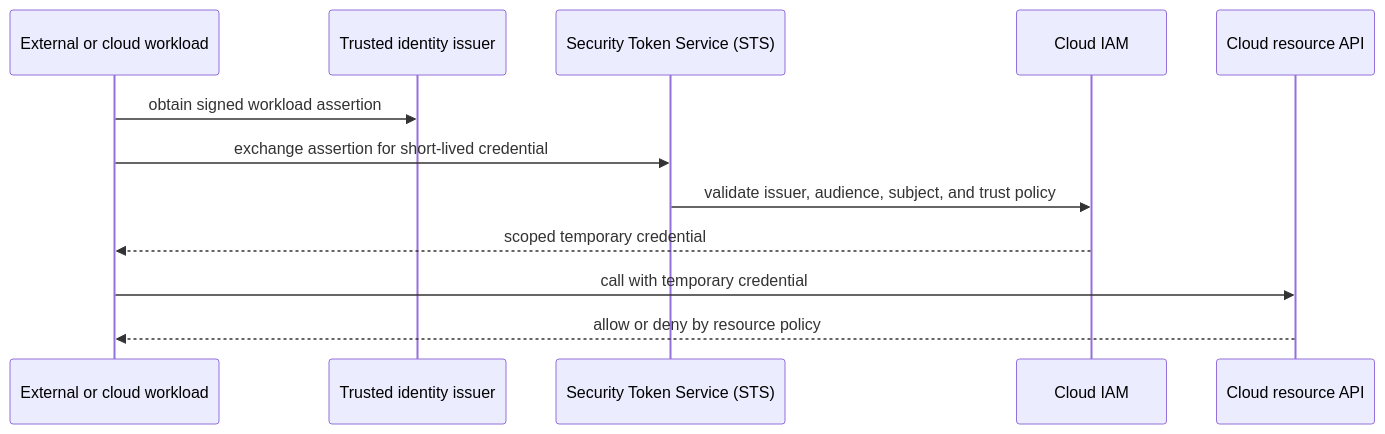
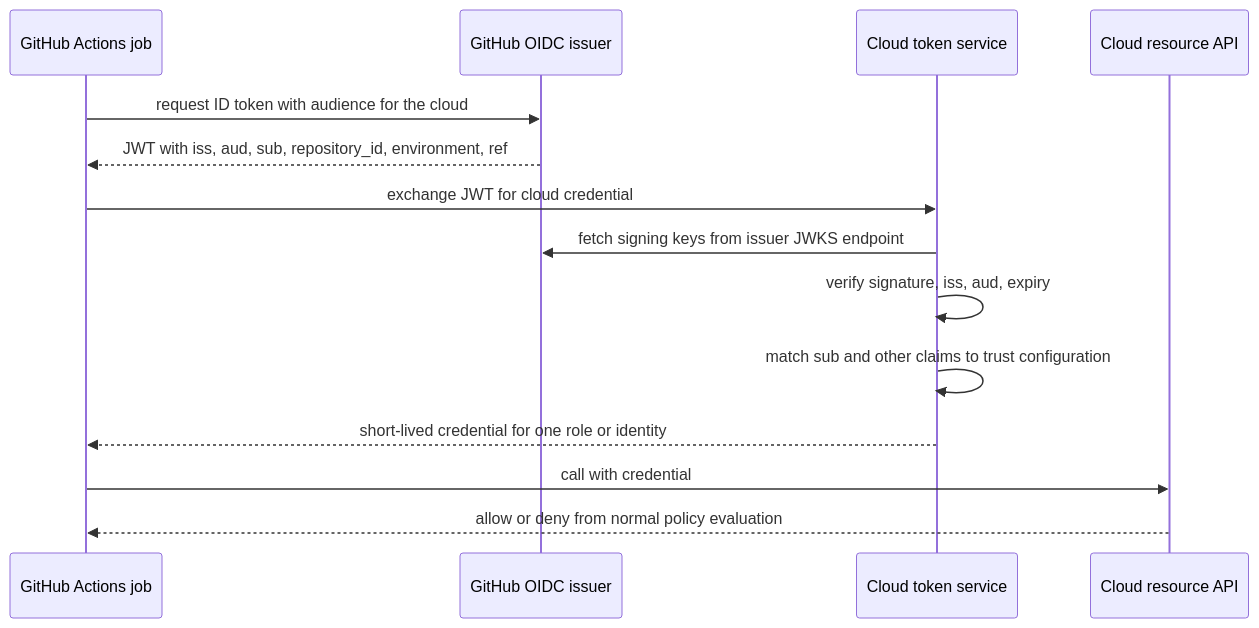
One commit to joydasss/Architect changed the sixth of 12 diagrams in 09_Cloud_Computing/CH09_IAM.md. Above: the diagram before and after it, drawn with Mermaid. The commit also changed other lines of this file and 295 other files, not shown here.

````diff
--- a/09_Cloud_Computing/CH09_IAM.md
+++ b/09_Cloud_Computing/CH09_IAM.md
@@ -122,14 +658,16 @@
 ```mermaid
 sequenceDiagram
-    participant Workload as External or cloud workload
-    participant Issuer as Trusted identity issuer
-    participant STS as Security Token Service (STS)
-    participant IAM as Cloud IAM
+    participant Job as GitHub Actions job
+    participant GH as GitHub OIDC issuer
+    participant CSTS as Cloud token service
     participant API as Cloud resource API
-    Workload->>Issuer: obtain signed workload assertion
-    Workload->>STS: exchange assertion for short-lived credential
-    STS->>IAM: validate issuer, audience, subject, and trust policy
-    IAM-->>Workload: scoped temporary credential
-    Workload->>API: call with temporary credential
-    API-->>Workload: allow or deny by resource policy
+    Job->>GH: request ID token with audience for the cloud
+    GH-->>Job: JWT with iss, aud, sub, repository_id, environment, ref
+    Job->>CSTS: exchange JWT for cloud credential
+    CSTS->>GH: fetch signing keys from issuer JWKS endpoint
+    CSTS->>CSTS: verify signature, iss, aud, expiry
+    CSTS->>CSTS: match sub and other claims to trust configuration
+    CSTS-->>Job: short-lived credential for one role or identity
+    Job->>API: call with credential
+    API-->>Job: allow or deny from normal policy evaluation
 ```
````
